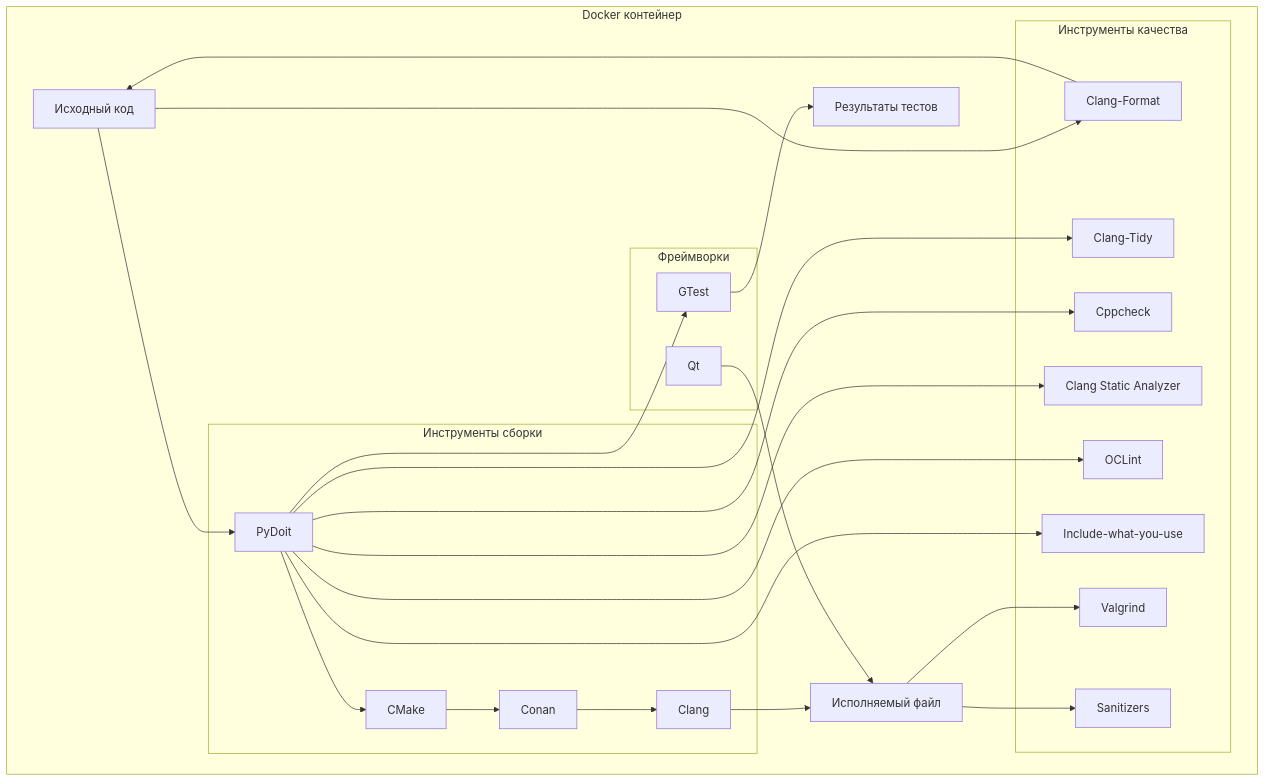
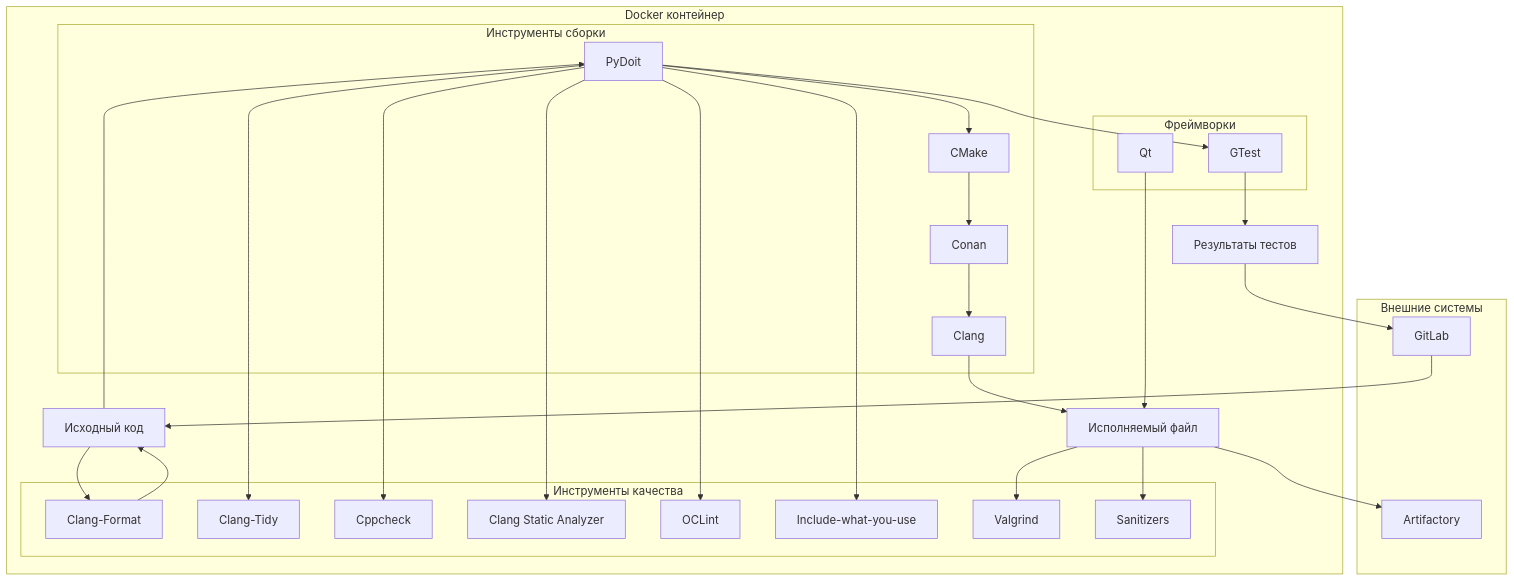
One commit to Wintari/cpp-project-dev-stack-preview changed the third of 6 diagrams in README.md. Above: the diagram before and after it, drawn with Mermaid. The commit also changed other lines of this file, not shown here.

````diff
--- a/README.md
+++ b/README.md
@@ -267,47 +267,56 @@
 ```mermaid
 graph TB
     subgraph "Docker контейнер"
         subgraph "Инструменты сборки"
             PyDoit --> CMake
             CMake --> Conan
             Conan --> Clang
         end
         
         subgraph "Инструменты качества"
             ClangFormat["Clang-Format"]
             ClangTidy["Clang-Tidy"]
             Cppcheck
             ClangSA["Clang Static Analyzer"]
             OCLint
             IWYU["Include-what-you-use"]
             Valgrind
             Sanitizers
         end
         
         subgraph "Фреймворки"
             Qt
             GTest
         end
         
         SourceCode["Исходный код"] --> PyDoit
         SourceCode --> ClangFormat
         
         ClangFormat --> SourceCode
         
         PyDoit --> ClangTidy
         PyDoit --> Cppcheck
         PyDoit --> ClangSA
         PyDoit --> OCLint
         PyDoit --> IWYU
         
         Clang --> Executable["Исполняемый файл"]
         
         Executable --> Valgrind
         Executable --> Sanitizers
         
         PyDoit --> GTest
         GTest --> TestResults["Результаты тестов"]
         
         Qt --> Executable
     end
+    
+    subgraph "Внешние системы"
+        GitLab
+        Artifactory
+    end
+    
+    GitLab --> SourceCode
+    Executable --> Artifactory
+    TestResults --> GitLab
 ```
````
